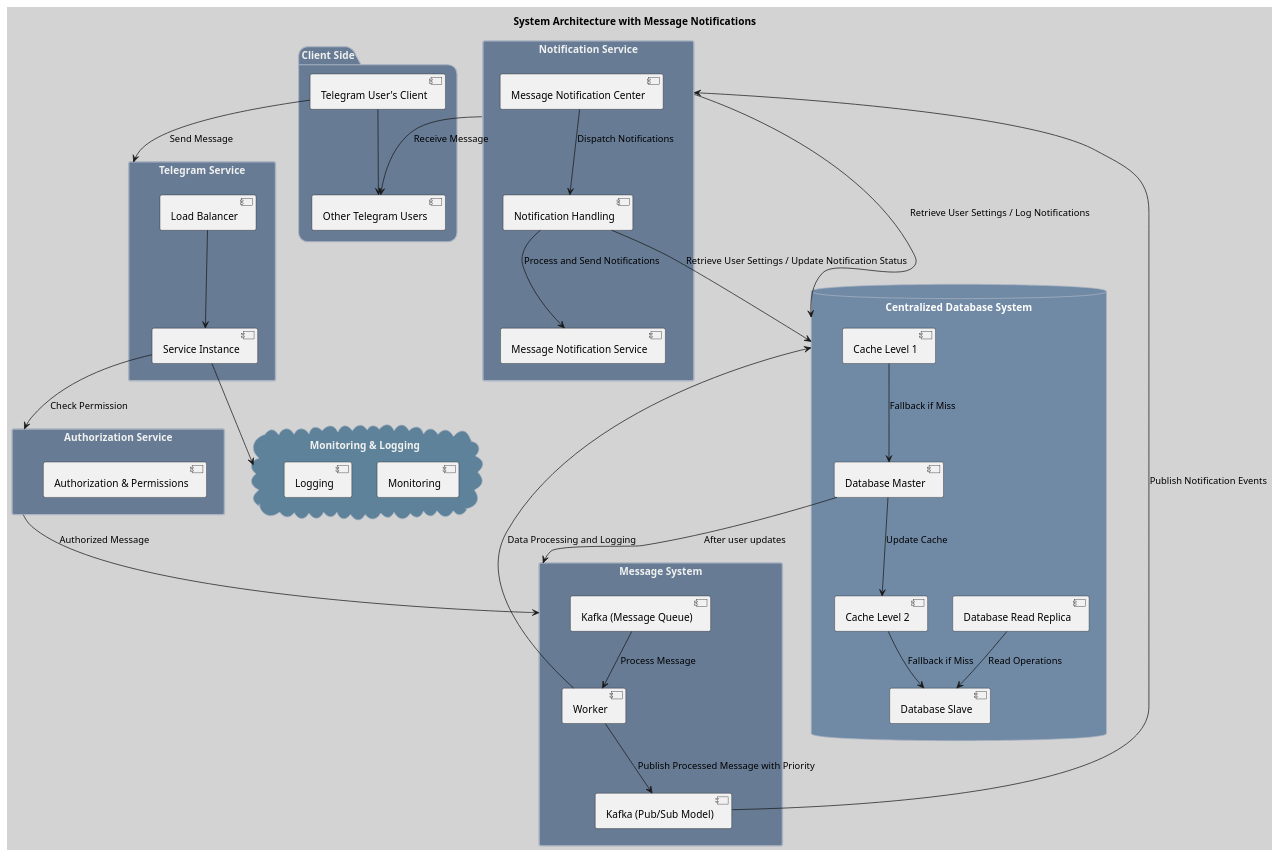
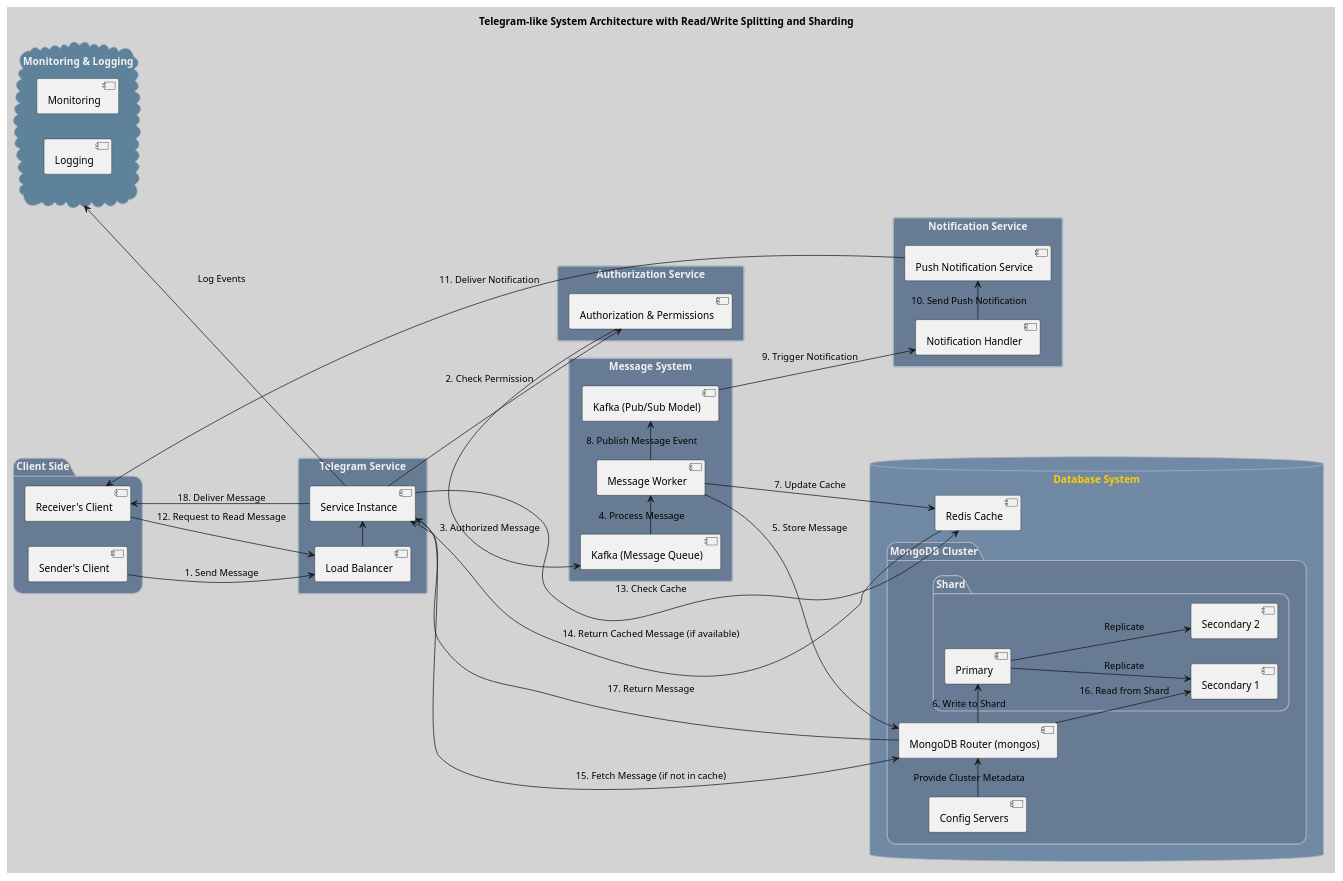
Before and after one commit to huangyingw/system_design: the diagram in telegram/uml_diagrams/Telegram_Message_Prioritization_Architecture.puml, drawn with PlantUML.

```diff
--- a/telegram/uml_diagrams/Telegram_Message_Prioritization_Architecture.puml
+++ b/telegram/uml_diagrams/Telegram_Message_Prioritization_Architecture.puml
@@ -1,104 +1,110 @@
 @startuml
-title System Architecture with Message Notifications
+title Telegram-like System Architecture with Read/Write Splitting and Sharding
 
-' 设置浅灰色背景
 skinparam backgroundColor #D3D3D3
-
-' 关闭阴影
 skinparam Shadowing false
-
-' 设置矩形样式
 skinparam rectangle {
   BackgroundColor #4F6377
   BorderColor #AAB3C2
   FontColor #F1F1F1
   BorderThickness 2
 }
-
-' 设置软件包样式
 skinparam package {
   BackgroundColor #677B94
   BorderColor #AAB3C2
   FontColor #F1F1F1
   RoundCorner 25
 }
-
-' 设置云样式
 skinparam cloud {
   BackgroundColor #5D8299
   BorderColor #AAB3C2
   FontColor #F1F1F1
   RoundCorner 30
 }
-
-' 设置数据库样式
 skinparam database {
   BackgroundColor #708AA6
   BorderColor #AAB3C2
-  FontColor #FFCC00 // 明亮的字体颜色
+  FontColor #FFCC00
   RoundCorner 20
 }
 
-' 定义元素
+left to right direction
+
 package "Client Side" {
-  [Telegram User's Client] -down-> [Other Telegram Users]
+  [Sender's Client]
+  [Receiver's Client]
 }
 
 rectangle "Telegram Service" {
-  [Load Balancer] 
+  [Load Balancer]
   [Service Instance]
 }
 
-database "Centralized Database System" {
-  [Database Master]
-  [Database Read Replica] 
-  [Cache Level 1] 
-  [Cache Level 2] 
-  [Database Slave]
+rectangle "Authorization Service" {
+  [Authorization & Permissions]
 }
 
 rectangle "Message System" {
   [Kafka (Message Queue)]
   [Kafka (Pub/Sub Model)]
-  [Worker]
+  [Message Worker]
 }
 
 rectangle "Notification Service" {
-  [Notification Handling]
-  [Message Notification Center]
-  [Message Notification Service]
+  [Notification Handler]
+  [Push Notification Service]
 }
 
-rectangle "Authorization Service" {
-  [Authorization & Permissions]
+database "Database System" {
+  package "MongoDB Cluster" {
+    [Config Servers]
+    package "Shard" {
+      [Primary]
+      [Secondary 1]
+      [Secondary 2]
+    }
+    [MongoDB Router (mongos)]
+  }
+  [Redis Cache]
 }
 
 cloud "Monitoring & Logging" {
   [Monitoring]
   [Logging]
 }
 
-' 定义连接
-[Telegram User's Client] --> [Telegram Service] : Send Message
-[Load Balancer] --> [Service Instance]
-[Service Instance] --> [Authorization Service] : Check Permission
-[Authorization Service] -down-> [Message System] : Authorized Message
-[Cache Level 1] --> [Database Master] : Fallback if Miss
-[Database Master] --> [Cache Level 2] : Update Cache
-[Cache Level 2] --> [Database Slave] : Fallback if Miss
-[Database Read Replica] --> [Database Slave] : Read Operations
-[Database Master] --> [Message System] : After user updates
-[Kafka (Message Queue)] --> [Worker] : Process Message
-[Worker] --> [Kafka (Pub/Sub Model)] : Publish Processed Message with Priority
-[Notification Service] --> [Other Telegram Users] : Receive Message
-[Service Instance] --> [Monitoring & Logging]
+' Send Message Flow
+[Sender's Client] -right-> [Load Balancer]: 1. Send Message
+[Load Balancer] -right-> [Service Instance]
+[Service Instance] -down-> [Authorization & Permissions]: 2. Check Permission
+[Authorization & Permissions] -right-> [Kafka (Message Queue)]: 3. Authorized Message
+[Kafka (Message Queue)] -right-> [Message Worker]: 4. Process Message
+[Message Worker] -down-> [MongoDB Router (mongos)]: 5. Store Message
+[MongoDB Router (mongos)] -right-> [Primary]: 6. Write to Shard
+[Message Worker] -down-> [Redis Cache]: 7. Update Cache
+[Message Worker] -right-> [Kafka (Pub/Sub Model)]: 8. Publish Message Event
 
-' 消息系统与数据库系统的交互
-[Worker] --> [Centralized Database System] : Data Processing and Logging
-[Kafka (Pub/Sub Model)] --> [Notification Service] : Publish Notification Events
-[Notification Service] --> [Centralized Database System] : Retrieve User Settings / Log Notifications
-[Message Notification Center] --> [Notification Handling] : Dispatch Notifications
-[Notification Handling] --> [Message Notification Service] : Process and Send Notifications
-[Notification Handling] --> [Centralized Database System] : Retrieve User Settings / Update Notification Status
+[Kafka (Pub/Sub Model)] -down-> [Notification Handler]: 9. Trigger Notification
+[Notification Handler] -right-> [Push Notification Service]: 10. Send Push Notification
+[Push Notification Service] -up-> [Receiver's Client]: 11. Deliver Notification
+
+' Read Message Flow
+[Receiver's Client] -right-> [Load Balancer]: 12. Request to Read Message
+[Service Instance] -down-> [Redis Cache]: 13. Check Cache
+[Redis Cache] -up-> [Service Instance]: 14. Return Cached Message (if available)
+[Service Instance] -down-> [MongoDB Router (mongos)]: 15. Fetch Message (if not in cache)
+[MongoDB Router (mongos)] -right-> [Secondary 1]: 16. Read from Shard
+[MongoDB Router (mongos)] -up-> [Service Instance]: 17. Return Message
+[Service Instance] -up-> [Receiver's Client]: 18. Deliver Message
+
+' Replication
+[Primary] -down-> [Secondary 1]: Replicate
+[Primary] -down-> [Secondary 2]: Replicate
+
+' Config Servers
+[Config Servers] -right-> [MongoDB Router (mongos)]: Provide Cluster Metadata
+
+' Logging and Monitoring
+[Service Instance] -up-> [Monitoring & Logging]: Log Events
 
 @enduml
```
